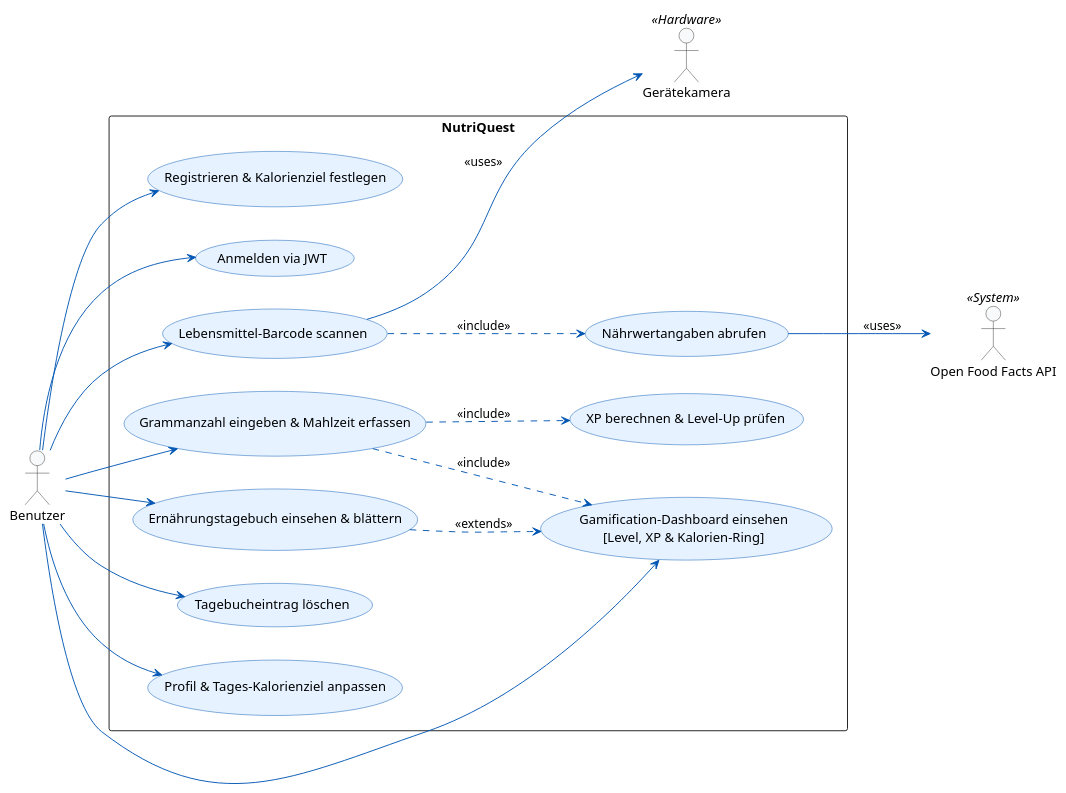
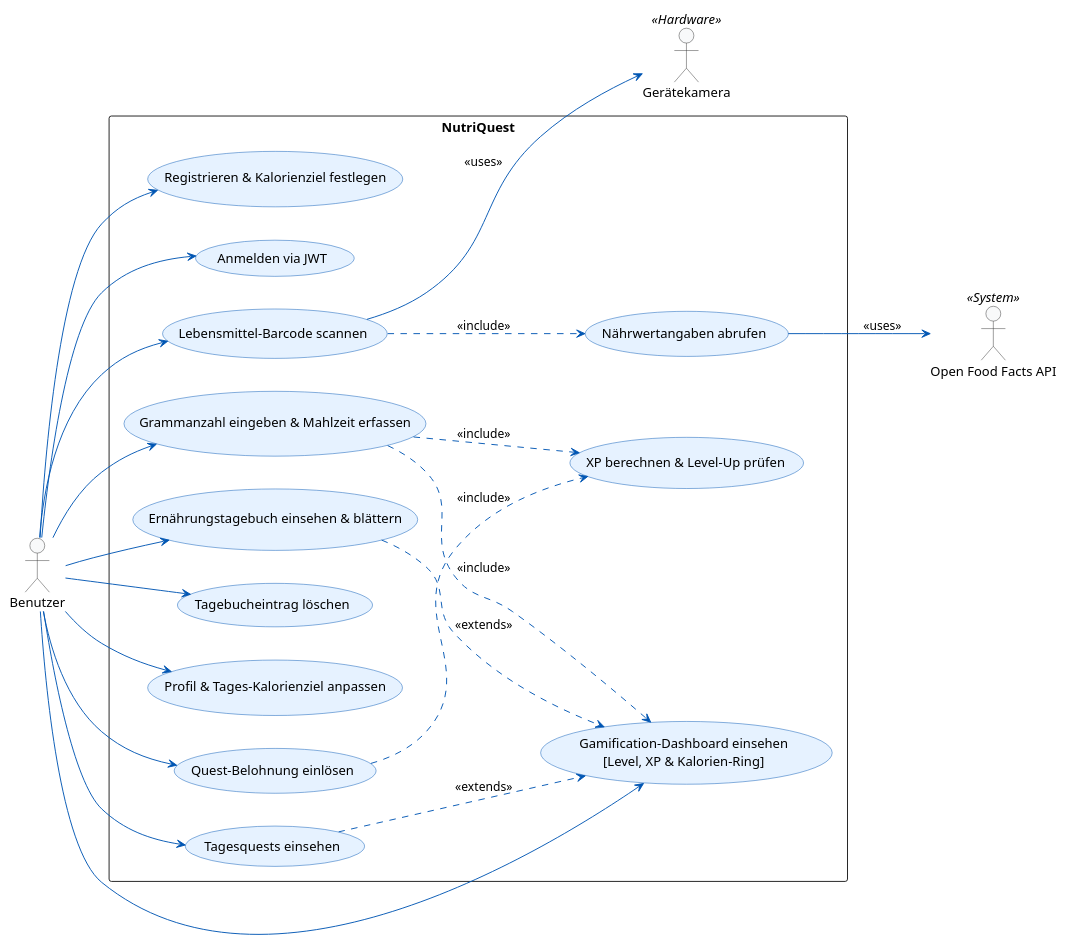
Before and after one commit to danellidesign/nutriquest: the diagram in usecase.puml, drawn with PlantUML. The commit also changed 3 other files, not shown here.

Commit message:
Updated UML charts

```diff
--- a/usecase.puml
+++ b/usecase.puml
@@ -1,54 +1,61 @@
 @startuml
 left to right direction
 skinparam packageStyle rectangle
 skinparam backgroundColor #FFFFFF
 
 skinparam actor {
     BorderColor #333333
     BackgroundColor #f8f9fa
 }
 
 skinparam usecase {
     BorderColor #0056b3
     BackgroundColor #E6F2FF
     ArrowColor #0056b3
 }
 
 actor "Benutzer" as User
 actor "Open Food Facts API" as OFF_API <<System>>
 actor "Gerätekamera" as Camera <<Hardware>>
 
 rectangle "NutriQuest" {
     usecase (Registrieren & Kalorienziel festlegen) as UC_Register
     usecase (Anmelden via JWT) as UC_Login
 
     usecase (Lebensmittel-Barcode scannen) as UC_Scan
     usecase (Grammanzahl eingeben & Mahlzeit erfassen) as UC_AddMeal
     usecase (Ernährungstagebuch einsehen & blättern) as UC_ViewDiary
     usecase (Tagebucheintrag löschen) as UC_DeleteMeal
 
     usecase (Gamification-Dashboard einsehen\n[Level, XP & Kalorien-Ring]) as UC_Dashboard
     usecase (Profil & Tages-Kalorienziel anpassen) as UC_Profile
 
+    usecase (Tagesquests einsehen) as UC_ViewQuests
+    usecase (Quest-Belohnung einlösen) as UC_ClaimQuest
+
     usecase (Nährwertangaben abrufen) as UC_FetchNutrition
     usecase (XP berechnen & Level-Up prüfen) as UC_Gamification
 }
 
 User --> UC_Register
 User --> UC_Login
 User --> UC_Scan
 User --> UC_AddMeal
 User --> UC_ViewDiary
 User --> UC_DeleteMeal
 User --> UC_Dashboard
 User --> UC_Profile
+User --> UC_ViewQuests
+User --> UC_ClaimQuest
 
 UC_Scan --> Camera : <<uses>>
 UC_Scan ..> UC_FetchNutrition : <<include>>
 UC_FetchNutrition --> OFF_API : <<uses>>
 
 UC_AddMeal ..> UC_Gamification : <<include>>
 UC_AddMeal ..> UC_Dashboard : <<include>>
 UC_ViewDiary ..> UC_Dashboard : <<extends>>
+UC_ViewQuests ..> UC_Dashboard : <<extends>>
+UC_ClaimQuest ..> UC_Gamification : <<include>>
 
 @enduml
```
